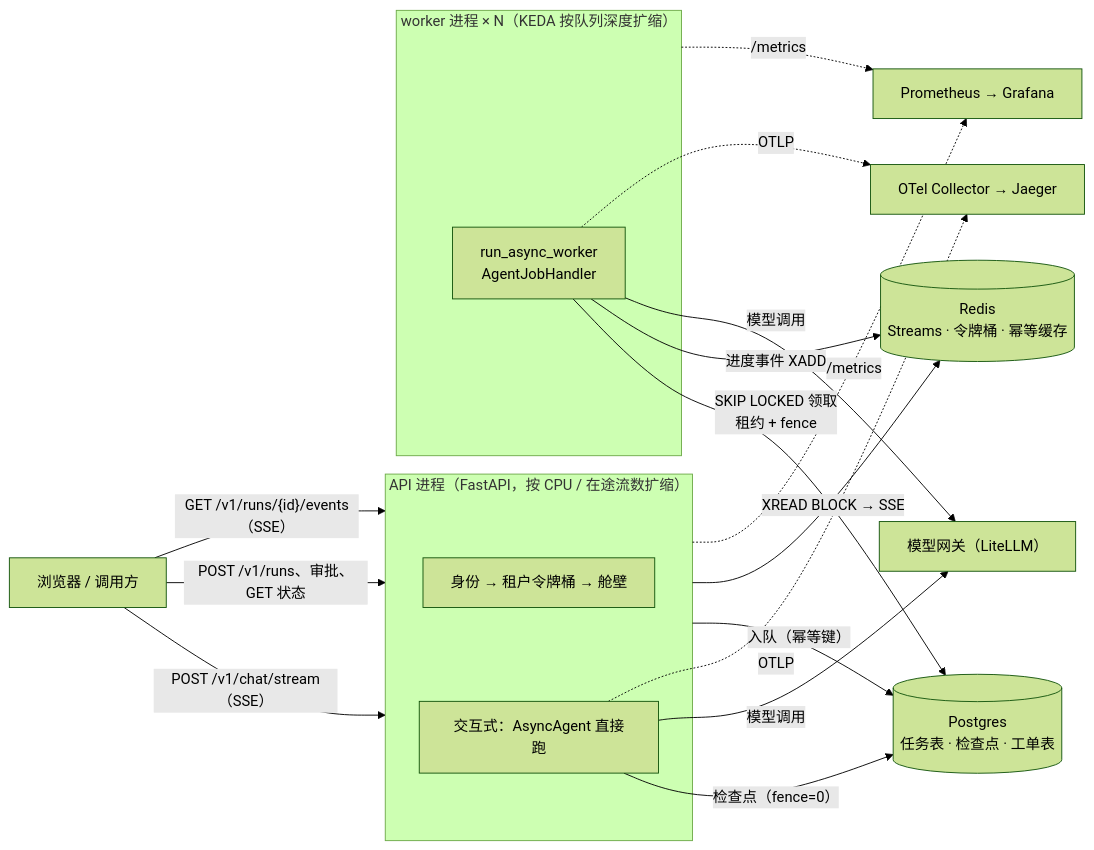
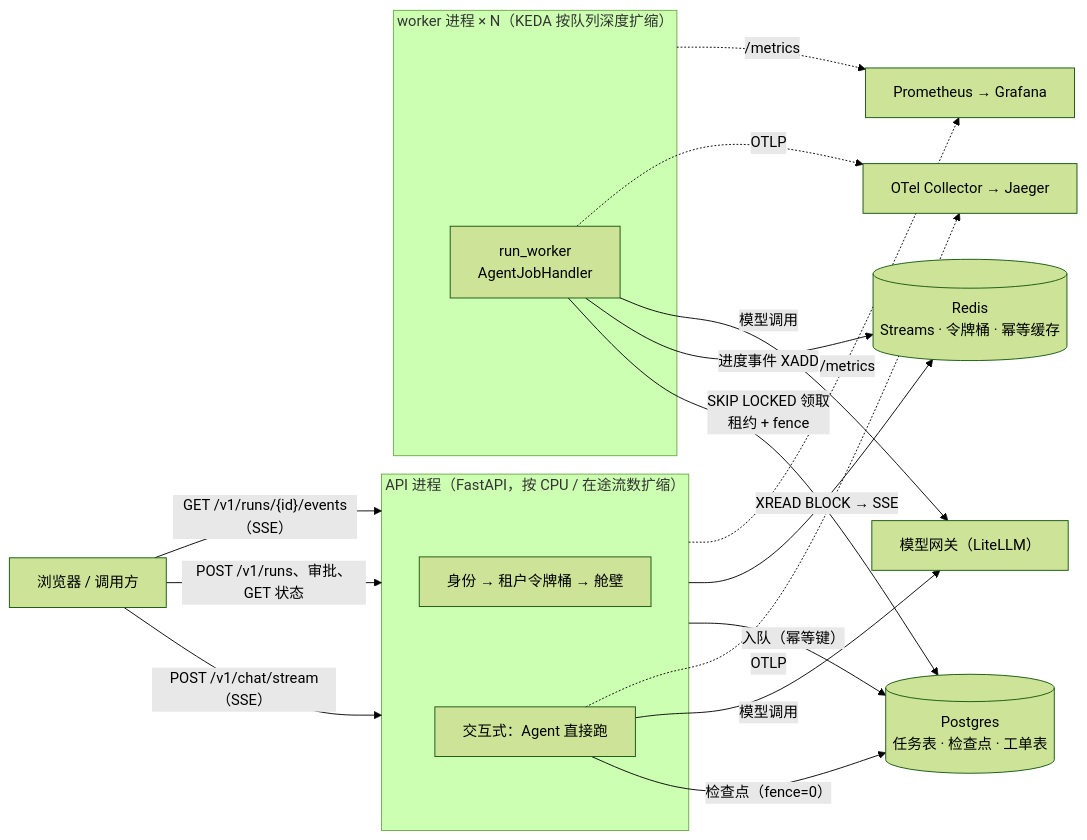
One commit to heaven999b/hello-agent-system changed the first of 3 diagrams in lessons/31_deployment_and_scaling/README.md. Above: the diagram before and after it, drawn with Mermaid (forest theme). The commit also changed other lines of this file and 23 other files, not shown here.

````diff
--- a/lessons/31_deployment_and_scaling/README.md
+++ b/lessons/31_deployment_and_scaling/README.md
@@ -30,21 +30,21 @@
 ```mermaid
 flowchart LR
     C["浏览器 / 调用方"] -->|"POST /v1/chat/stream（SSE）"| API
     C -->|"POST /v1/runs、审批、GET 状态"| API
     C -->|"GET /v1/runs/{id}/events（SSE）"| API
     subgraph API["API 进程（FastAPI，按 CPU / 在途流数扩缩）"]
         A1["身份 → 租户令牌桶 → 舱壁"]
-        A2["交互式：AsyncAgent 直接跑"]
+        A2["交互式：Agent 直接跑"]
     end
     subgraph W["worker 进程 × N（KEDA 按队列深度扩缩）"]
-        W1["run_async_worker<br/>AgentJobHandler"]
+        W1["run_worker<br/>AgentJobHandler"]
     end
     API -->|"入队（幂等键）"| PG[("Postgres<br/>任务表 · 检查点 · 工单表")]
     W1 -->|"SKIP LOCKED 领取<br/>租约 + fence"| PG
     A2 -->|"检查点（fence=0）"| PG
     W1 -->|"进度事件 XADD"| R[("Redis<br/>Streams · 令牌桶 · 幂等缓存")]
     API -->|"XREAD BLOCK → SSE"| R
     A2 & W1 -->|"模型调用"| GW["模型网关（LiteLLM）"]
     A2 & W1 -.->|"OTLP"| OT["OTel Collector → Jaeger"]
     API & W -.->|"/metrics"| PR["Prometheus → Grafana"]
 ```
````
